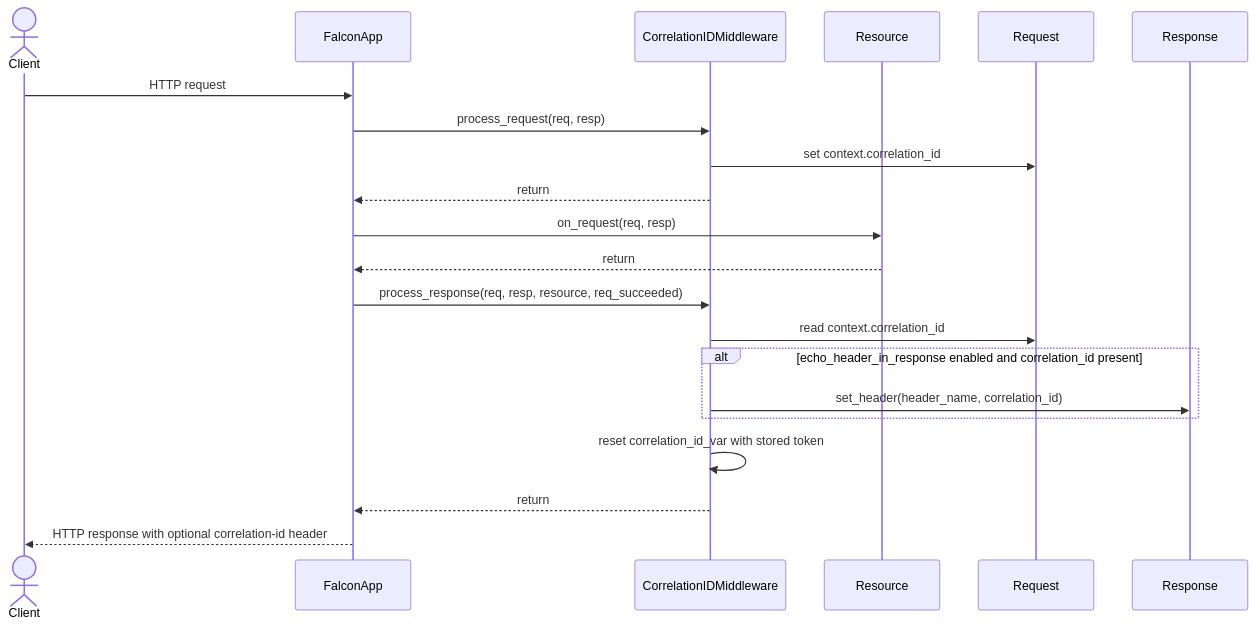
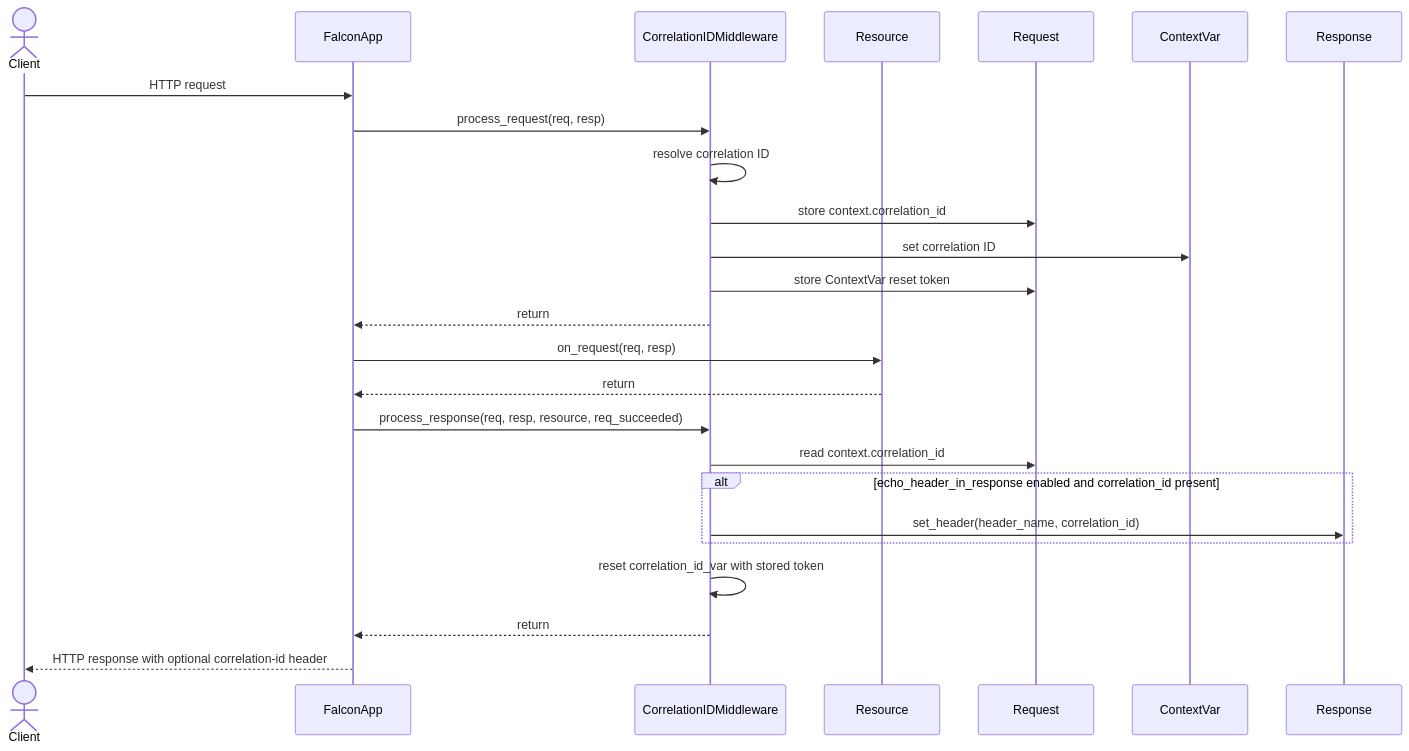
Before and after one commit to leynos/falcon-correlate: the second of 5 diagrams in docs/falcon-correlation-id-middleware-design.md, drawn with Mermaid. The commit also changed other lines of this file and 4 other files, not shown here.

First line of the commit message:
Split middleware correlation ID resolution from context mutation (#51) (#260)

````diff
--- a/docs/falcon-correlation-id-middleware-design.md
+++ b/docs/falcon-correlation-id-middleware-design.md
@@ -316,27 +321,31 @@
 ```mermaid
 sequenceDiagram
     actor Client
     participant FalconApp
     participant CorrelationIDMiddleware
     participant Resource
     participant Request
+    participant ContextVar
     participant Response
 
     Client->>FalconApp: HTTP request
     FalconApp->>CorrelationIDMiddleware: process_request(req, resp)
-    CorrelationIDMiddleware->>Request: set context.correlation_id
+    CorrelationIDMiddleware->>CorrelationIDMiddleware: resolve correlation ID
+    CorrelationIDMiddleware->>Request: store context.correlation_id
+    CorrelationIDMiddleware->>ContextVar: set correlation ID
+    CorrelationIDMiddleware->>Request: store ContextVar reset token
     CorrelationIDMiddleware-->>FalconApp: return
 
     FalconApp->>Resource: on_request(req, resp)
     Resource-->>FalconApp: return
 
     FalconApp->>CorrelationIDMiddleware: process_response(req, resp, resource, req_succeeded)
     CorrelationIDMiddleware->>Request: read context.correlation_id
     alt echo_header_in_response enabled and correlation_id present
         CorrelationIDMiddleware->>Response: set_header(header_name, correlation_id)
     end
     CorrelationIDMiddleware->>CorrelationIDMiddleware: reset correlation_id_var with stored token
     CorrelationIDMiddleware-->>FalconApp: return
 
     FalconApp-->>Client: HTTP response with optional correlation-id header
 ```
````
